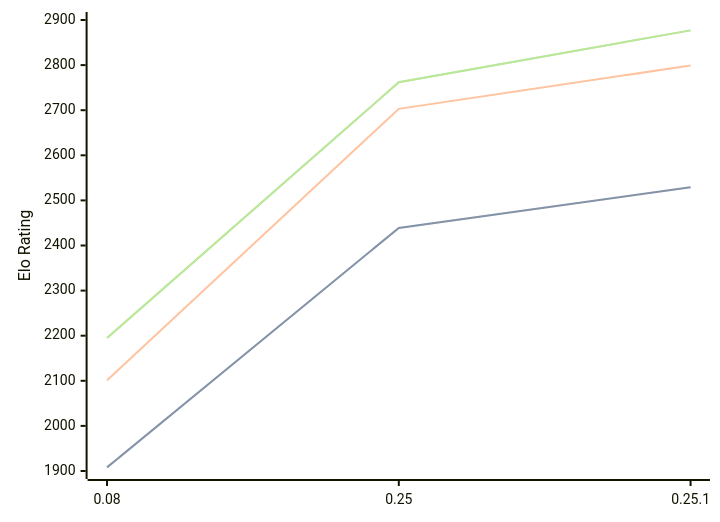
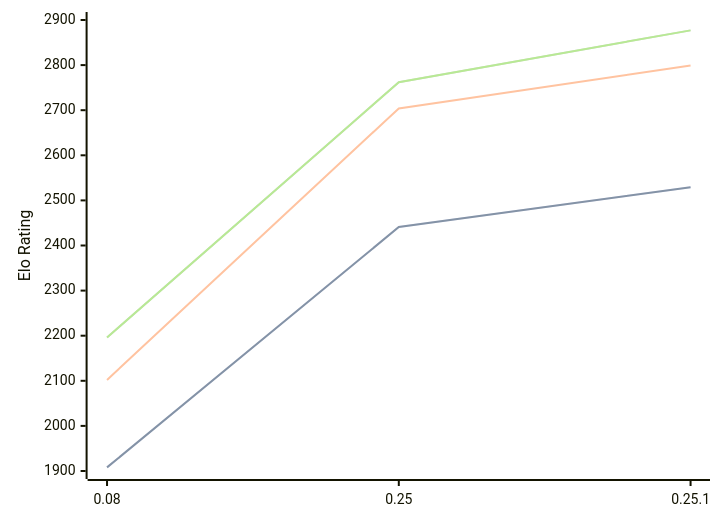
Before and after one commit to computer-chess-index/cci: the diagram in engines/Gecko.md, drawn with Mermaid. The commit also changed other lines of this file, not shown here.

Commit message:
Update CCI Ratings (ELO VLTC) - 2026-05-01

````diff
--- a/engines/Gecko.md
+++ b/engines/Gecko.md
@@ -33,11 +33,11 @@
 ```mermaid
 %%{init: {"theme":"base","themeVariables":{"seriesColors:['#a3a3a3','#222221','#faa371']}}}%%
 xychart-beta
   x-axis ["0.08", "0.25", "0.25.1"]
   y-axis "Elo Rating" 1900 --> 2900
-  line "STC (8.0+0.08s)" [1908, 2439, 2529]
-  line "STC (8.0+0.08s)" [1908, 2439, 2529]
-  line "LTC (60.0+0.60s)" [2101, 2703, 2799]
-  line "VLTC (2m24s+1.12s)" [2195, 2762, 2877]
-  line "VLTC (2m24s+1.12s)" [2195, 2762, 2877]
+  line "STC (8.0+0.08s)" [1908, 2441, 2529]
+  line "STC (8.0+0.08s)" [1908, 2441, 2529]
+  line "LTC (60.0+0.60s)" [2102, 2704, 2799]
+  line "VLTC (2m24s+1.12s)" [2196, 2762, 2877]
+  line "VLTC (2m24s+1.12s)" [2196, 2762, 2877]
 ```
````
